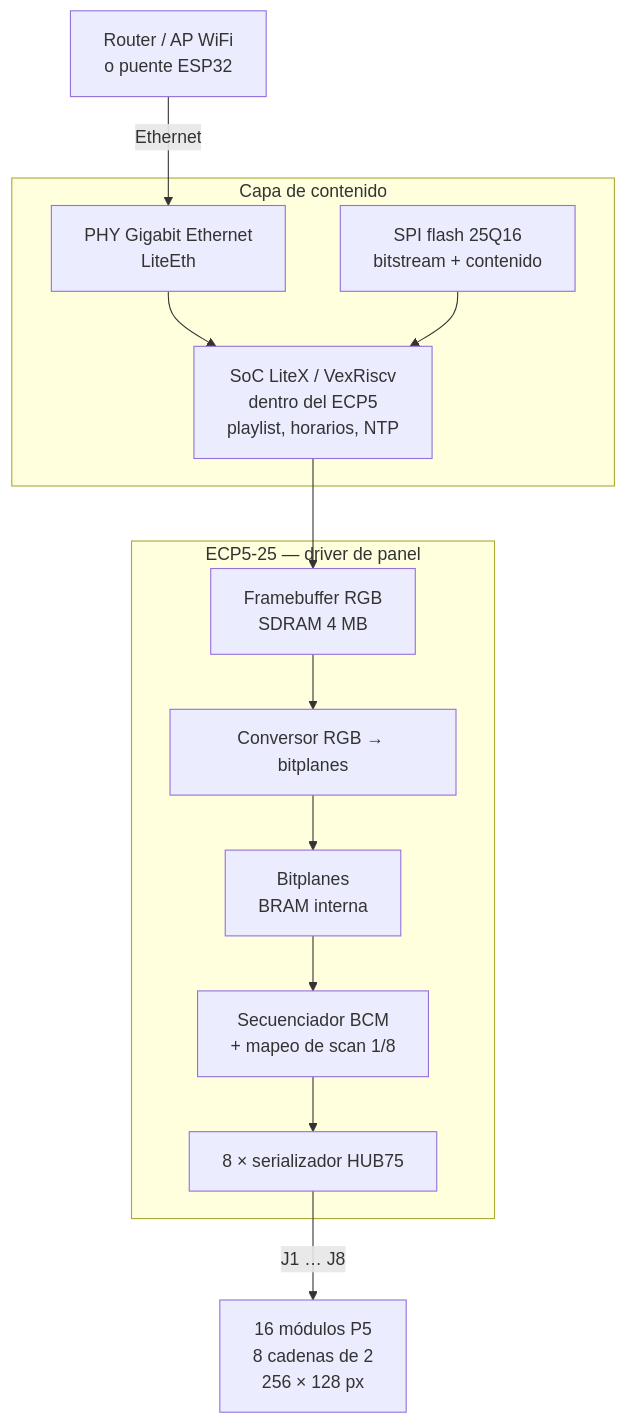
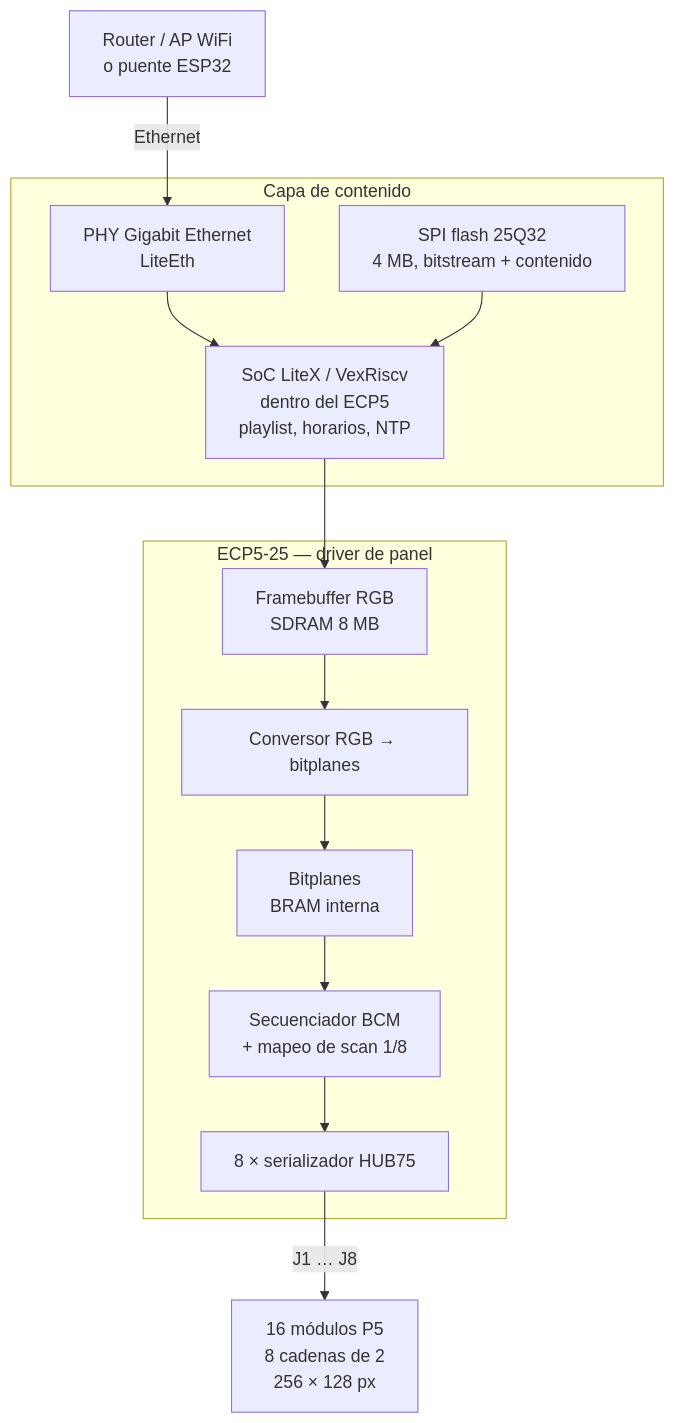
One commit to mwfigueroa/Electronic_Billboard changed the diagram in docs/11_arquitectura_colorlight_5a75b.md. Above: the diagram before and after it, drawn with Mermaid. The commit also changed other lines of this file and 4 other files, not shown here.

````diff
--- a/docs/11_arquitectura_colorlight_5a75b.md
+++ b/docs/11_arquitectura_colorlight_5a75b.md
@@ -29,26 +33,26 @@
 ```mermaid
 flowchart TB
     subgraph Contenido["Capa de contenido"]
         CPU["SoC LiteX / VexRiscv<br/>dentro del ECP5<br/>playlist, horarios, NTP"]
-        Flash["SPI flash 25Q16<br/>bitstream + contenido"]
+        Flash["SPI flash 25Q32<br/>4 MB, bitstream + contenido"]
         Net["PHY Gigabit Ethernet<br/>LiteEth"]
     end
 
     subgraph FPGA["ECP5-25 — driver de panel"]
-        FB["Framebuffer RGB<br/>SDRAM 4 MB"]
+        FB["Framebuffer RGB<br/>SDRAM 8 MB"]
         Conv["Conversor RGB → bitplanes"]
         BP["Bitplanes<br/>BRAM interna"]
         Seq["Secuenciador BCM<br/>+ mapeo de scan 1/8"]
         Ser["8 × serializador HUB75"]
     end
 
     Ext["Router / AP WiFi<br/>o puente ESP32"] -->|"Ethernet"| Net
     Net --> CPU
     Flash --> CPU
     CPU --> FB
     FB --> Conv
     Conv --> BP
     BP --> Seq
     Seq --> Ser
     Ser -->|"J1 … J8"| Panel["16 módulos P5<br/>8 cadenas de 2<br/>256 × 128 px"]
 ```
````
